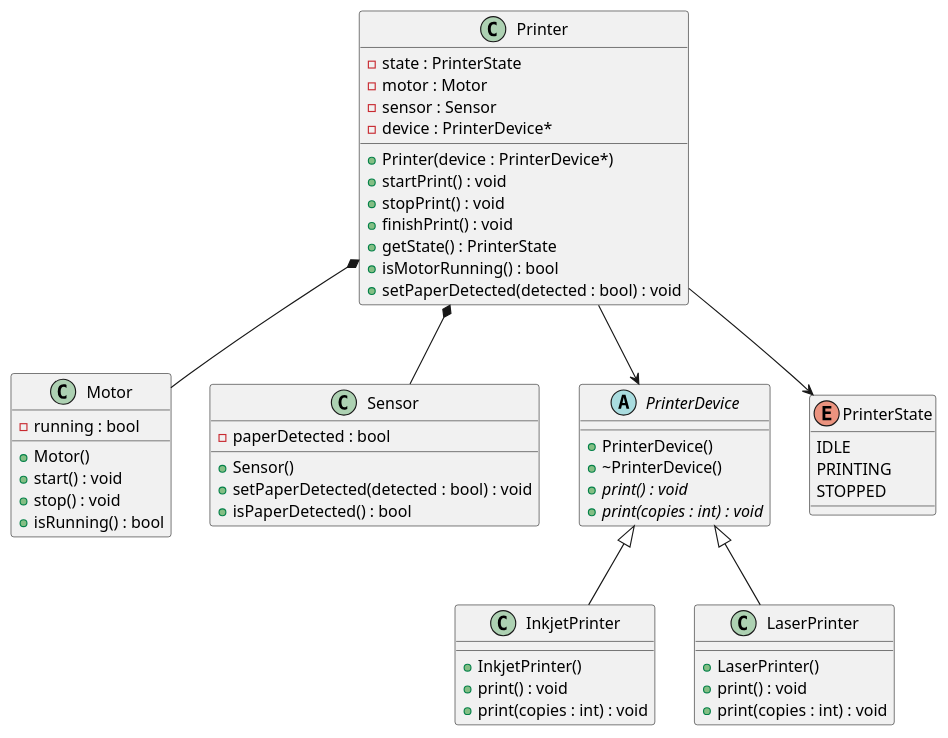
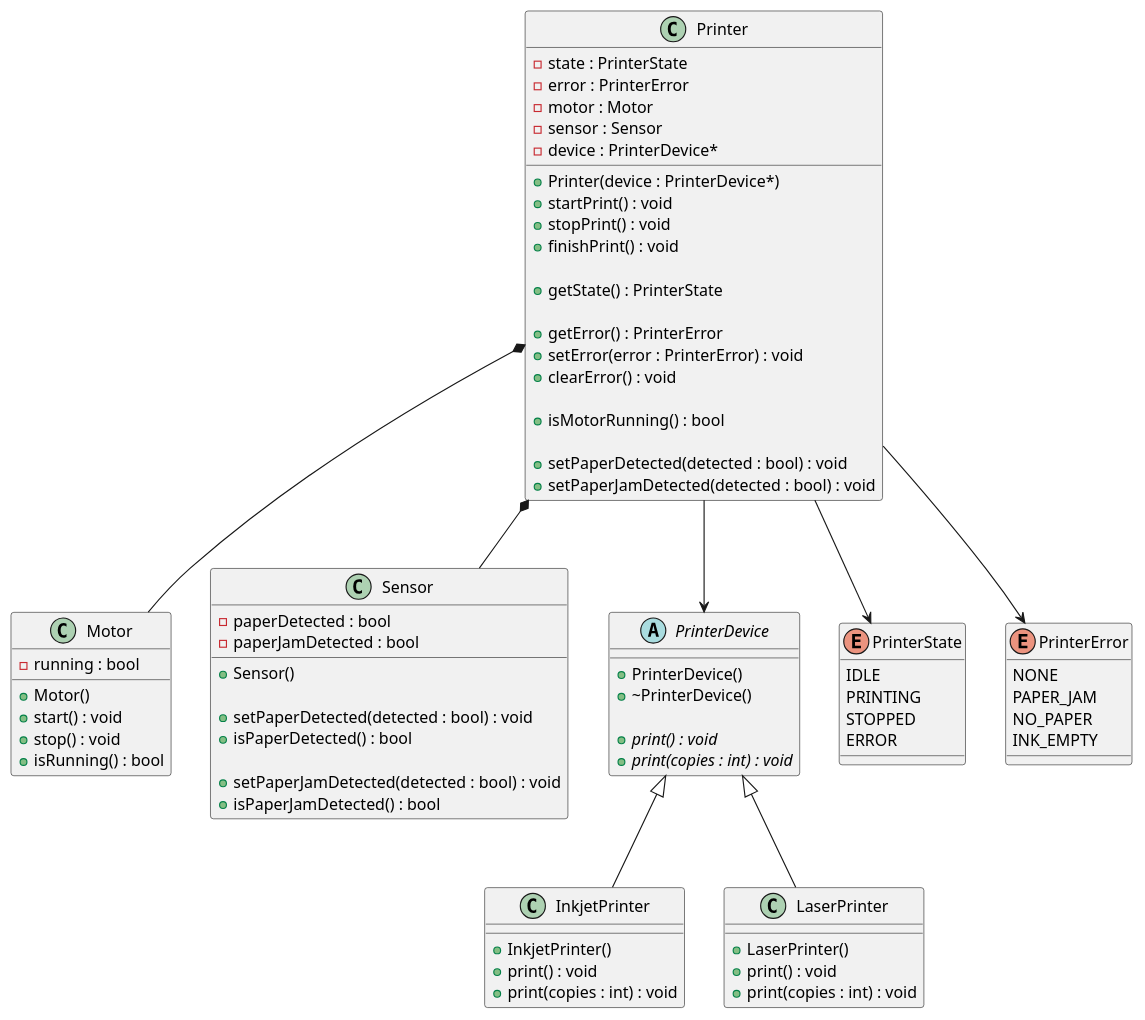
One commit to hiroshi-tak/print-simulator changed the diagram in docs/class.puml. Above: the diagram before and after it, drawn with PlantUML. The commit also changed 7 other files, not shown here.

```diff
--- a/docs/class.puml
+++ b/docs/class.puml
@@ -1,65 +1,93 @@
 @startuml
 
 class Printer {
     - state : PrinterState
+    - error : PrinterError
     - motor : Motor
     - sensor : Sensor
     - device : PrinterDevice*
+
     + Printer(device : PrinterDevice*)
     + startPrint() : void
     + stopPrint() : void
     + finishPrint() : void
+
     + getState() : PrinterState
+
+    + getError() : PrinterError
+    + setError(error : PrinterError) : void
+    + clearError() : void
+
     + isMotorRunning() : bool
+
     + setPaperDetected(detected : bool) : void
+    + setPaperJamDetected(detected : bool) : void
 }
 
 class Motor {
     - running : bool
+
     + Motor()
     + start() : void
     + stop() : void
     + isRunning() : bool
 }
 
 class Sensor {
     - paperDetected : bool
+    - paperJamDetected : bool
+
     + Sensor()
+
     + setPaperDetected(detected : bool) : void
     + isPaperDetected() : bool
+
+    + setPaperJamDetected(detected : bool) : void
+    + isPaperJamDetected() : bool
 }
 
 abstract class PrinterDevice {
     + PrinterDevice()
     + ~PrinterDevice()
+
     {abstract} + print() : void
     {abstract} + print(copies : int) : void
 }
 
 class InkjetPrinter {
     + InkjetPrinter()
     + print() : void
     + print(copies : int) : void
 }
 
 class LaserPrinter {
     + LaserPrinter()
     + print() : void
     + print(copies : int) : void
 }
 
 enum PrinterState {
     IDLE
     PRINTING
     STOPPED
+    ERROR
+}
+
+enum PrinterError {
+    NONE
+    PAPER_JAM
+    NO_PAPER
+    INK_EMPTY
 }
 
 Printer --> PrinterState
+Printer --> PrinterError
+
 Printer *-- Motor
 Printer *-- Sensor
 Printer --> PrinterDevice
 
 PrinterDevice <|-- InkjetPrinter
 PrinterDevice <|-- LaserPrinter
 
 @enduml
```
